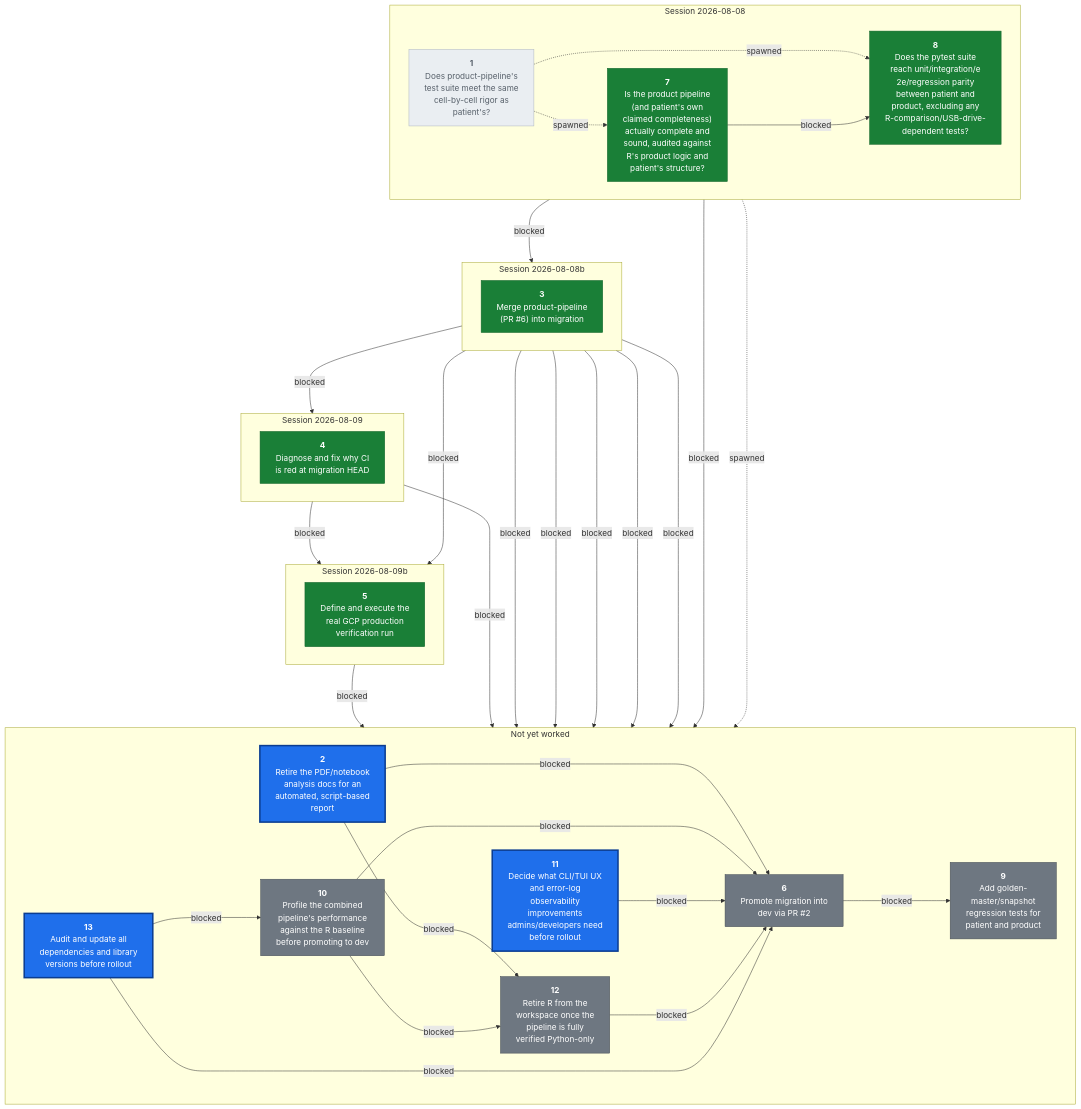
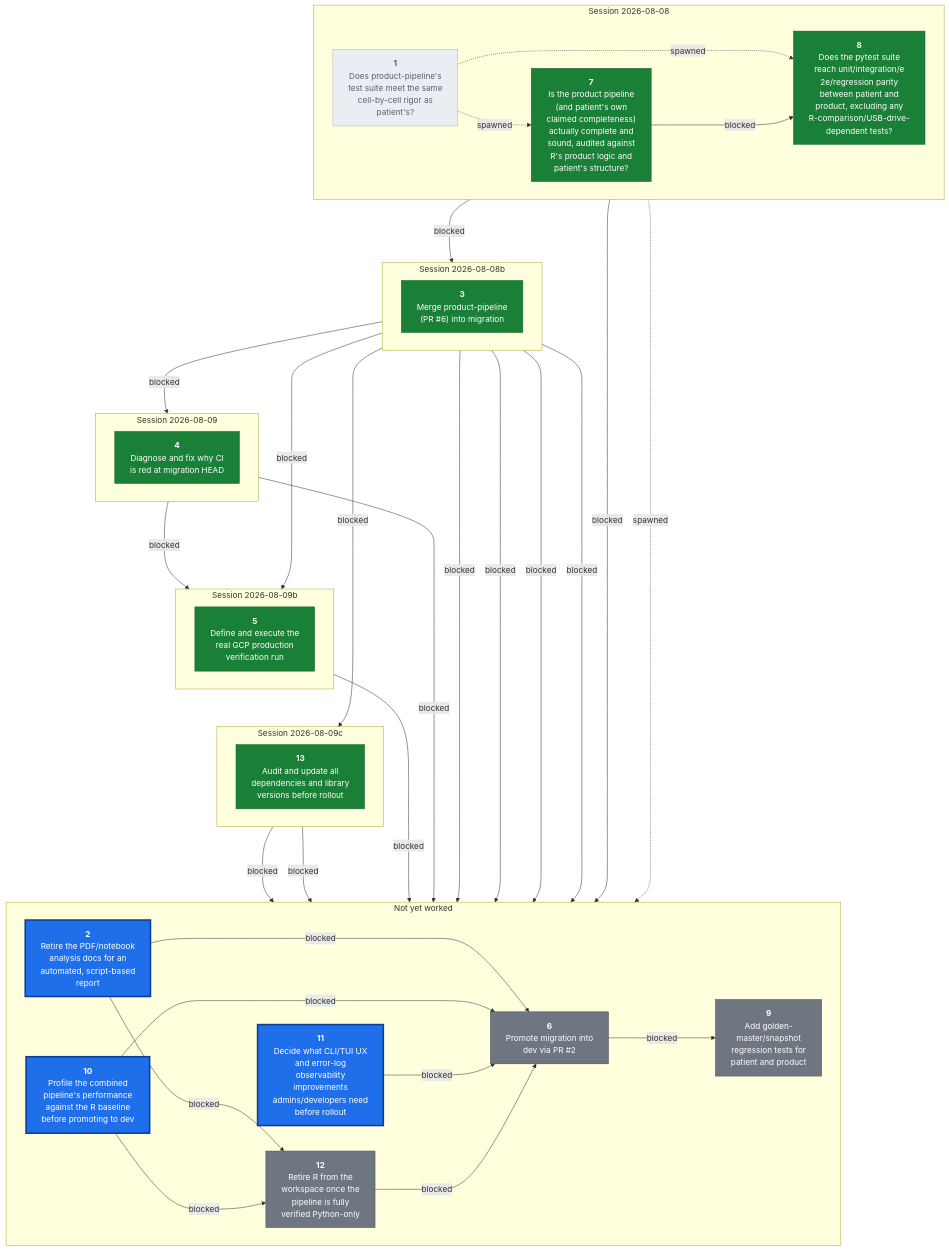
The diagram in docs/wayfinder/route.mmd (CorrelAid/a4d), drawn with Mermaid before and after one commit. The commit also changed 4 other files, not shown here.

```diff
--- a/docs/wayfinder/route.mmd
+++ b/docs/wayfinder/route.mmd
@@ -1,69 +1,73 @@
 flowchart TB
   subgraph S2026_08_08["Session 2026-08-08"]
     direction LR
     U1["<b>1</b><br/>Does product-pipeline's<br/>test suite meet the same<br/>cell-by-cell rigor as<br/>patient's?"]
     U7["<b>7</b><br/>Is the product pipeline<br/>(and patient's own<br/>claimed completeness)<br/>actually complete and<br/>sound, audited against<br/>R's product logic and<br/>patient's structure?"]
     U8["<b>8</b><br/>Does the pytest suite<br/>reach unit/integration/e<br/>2e/regression parity<br/>between patient and<br/>product, excluding any<br/>R-comparison/USB-drive-<br/>dependent tests?"]
   end
   subgraph S2026_08_08b["Session 2026-08-08b"]
     direction LR
     U3["<b>3</b><br/>Merge product-pipeline<br/>(PR #6) into migration"]
   end
   subgraph S2026_08_09["Session 2026-08-09"]
     direction LR
     U4["<b>4</b><br/>Diagnose and fix why CI<br/>is red at migration HEAD"]
   end
   subgraph S2026_08_09b["Session 2026-08-09b"]
     direction LR
     U5["<b>5</b><br/>Define and execute the<br/>real GCP production<br/>verification run"]
   end
+  subgraph S2026_08_09c["Session 2026-08-09c"]
+    direction LR
+    U13["<b>13</b><br/>Audit and update all<br/>dependencies and library<br/>versions before rollout"]
+  end
   subgraph Sopen["Not yet worked"]
     direction LR
     U2["<b>2</b><br/>Retire the PDF/notebook<br/>analysis docs for an<br/>automated, script-based<br/>report"]
     U6["<b>6</b><br/>Promote migration into<br/>dev via PR #2"]
     U9["<b>9</b><br/>Add golden-<br/>master/snapshot<br/>regression tests for<br/>patient and product"]
     U10["<b>10</b><br/>Profile the combined<br/>pipeline's performance<br/>against the R baseline<br/>before promoting to dev"]
     U11["<b>11</b><br/>Decide what CLI/TUI UX<br/>and error-log<br/>observability<br/>improvements<br/>admins/developers need<br/>before rollout"]
     U12["<b>12</b><br/>Retire R from the<br/>workspace once the<br/>pipeline is fully<br/>verified Python-only"]
-    U13["<b>13</b><br/>Audit and update all<br/>dependencies and library<br/>versions before rollout"]
   end
 
   S2026_08_08 ~~~ S2026_08_08b
   S2026_08_08b ~~~ S2026_08_09
   S2026_08_09 ~~~ S2026_08_09b
-  S2026_08_09b ~~~ Sopen
+  S2026_08_09b ~~~ S2026_08_09c
+  S2026_08_09c ~~~ Sopen
 
   U3 --->|blocked| U2
   U8 --->|blocked| U3
   U3 --->|blocked| U4
   U3 --->|blocked| U5
   U4 --->|blocked| U5
   U8 --->|blocked| U6
   U2 --->|blocked| U6
   U3 --->|blocked| U6
   U4 --->|blocked| U6
   U5 --->|blocked| U6
   U10 --->|blocked| U6
   U11 --->|blocked| U6
   U12 --->|blocked| U6
   U13 --->|blocked| U6
   U1 -.->|spawned| U7
   U1 -.->|spawned| U8
   U7 --->|blocked| U8
   U8 -.->|spawned| U9
   U6 --->|blocked| U9
   U3 --->|blocked| U10
   U13 --->|blocked| U10
   U3 --->|blocked| U11
   U2 --->|blocked| U12
   U10 --->|blocked| U12
   U3 --->|blocked| U13
 
   classDef tfrontier fill:#1f6feb,stroke:#0b3d91,stroke-width:3px,color:#ffffff
-  class U2,U11,U13 tfrontier
+  class U2,U10,U11 tfrontier
   classDef tblocked fill:#6e7781,stroke:#424a53,stroke-width:1px,color:#ffffff
-  class U6,U9,U10,U12 tblocked
+  class U6,U9,U12 tblocked
   classDef tdecided fill:#1a7f37,stroke:#116329,stroke-width:1px,color:#ffffff
-  class U3,U4,U5,U7,U8 tdecided
+  class U3,U4,U5,U7,U8,U13 tdecided
   classDef tdropped fill:#eaeef2,stroke:#afb8c1,stroke-width:1px,color:#57606a
   class U1 tdropped
```
